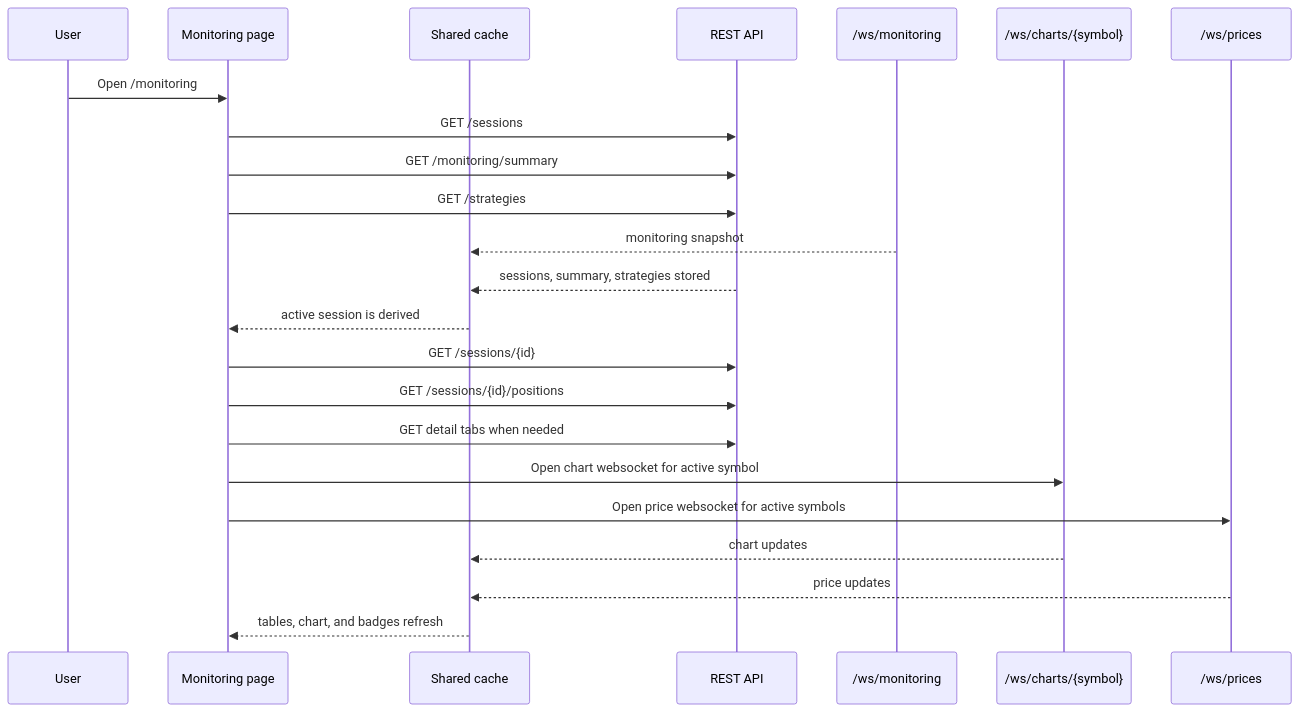
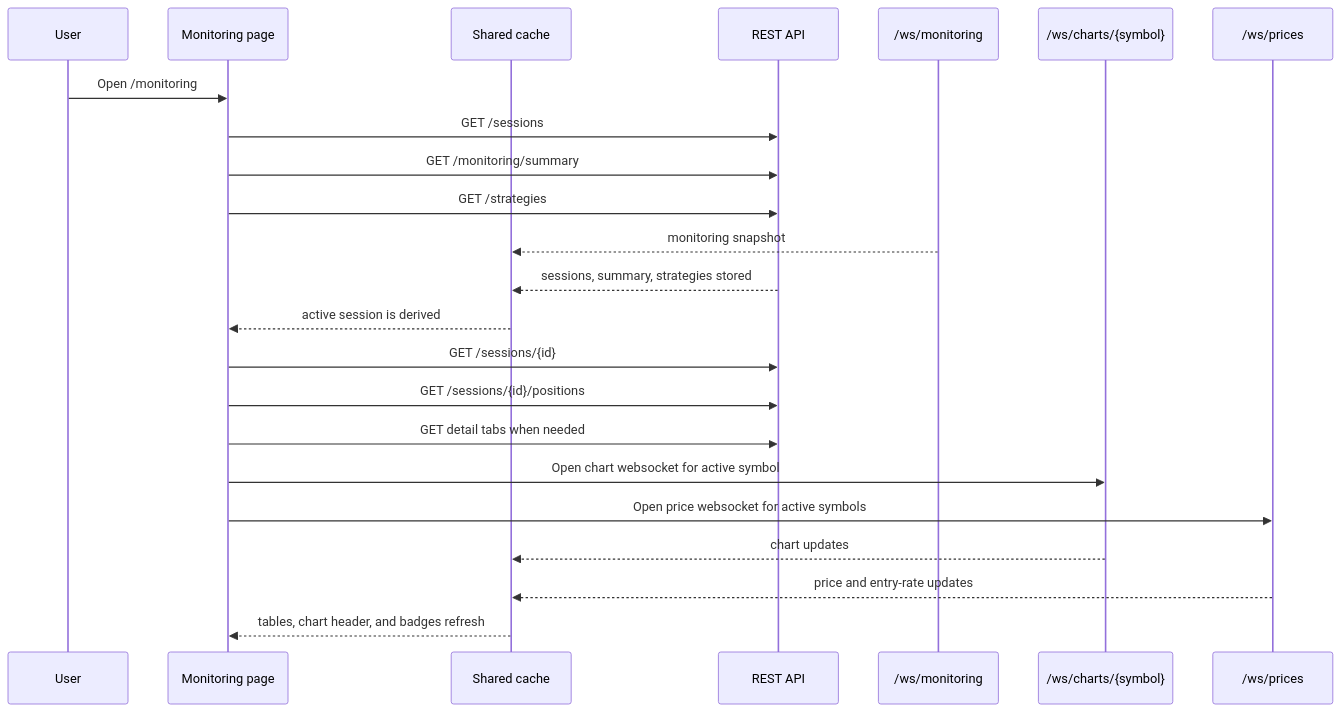
One commit to blackstarzck/coin-lab-v2 changed the third of 5 diagrams in docs/NETWORK_FLOW_PLAYBOOK.md. Above: the diagram before and after it, drawn with Mermaid. The commit also changed other lines of this file and 64 other files, not shown here.

````diff
--- a/docs/NETWORK_FLOW_PLAYBOOK.md
+++ b/docs/NETWORK_FLOW_PLAYBOOK.md
@@ -121,26 +121,26 @@
 ```mermaid
 sequenceDiagram
     participant U as User
     participant P as Monitoring page
     participant Q as Shared cache
     participant API as REST API
     participant WS1 as /ws/monitoring
     participant WS2 as /ws/charts/{symbol}
     participant WS3 as /ws/prices
 
     U->>P: Open /monitoring
     P->>API: GET /sessions
     P->>API: GET /monitoring/summary
     P->>API: GET /strategies
     WS1-->>Q: monitoring snapshot
     API-->>Q: sessions, summary, strategies stored
     Q-->>P: active session is derived
     P->>API: GET /sessions/{id}
     P->>API: GET /sessions/{id}/positions
     P->>API: GET detail tabs when needed
     P->>WS2: Open chart websocket for active symbol
     P->>WS3: Open price websocket for active symbols
     WS2-->>Q: chart updates
-    WS3-->>Q: price updates
-    Q-->>P: tables, chart, and badges refresh
+    WS3-->>Q: price and entry-rate updates
+    Q-->>P: tables, chart header, and badges refresh
 ```
````
